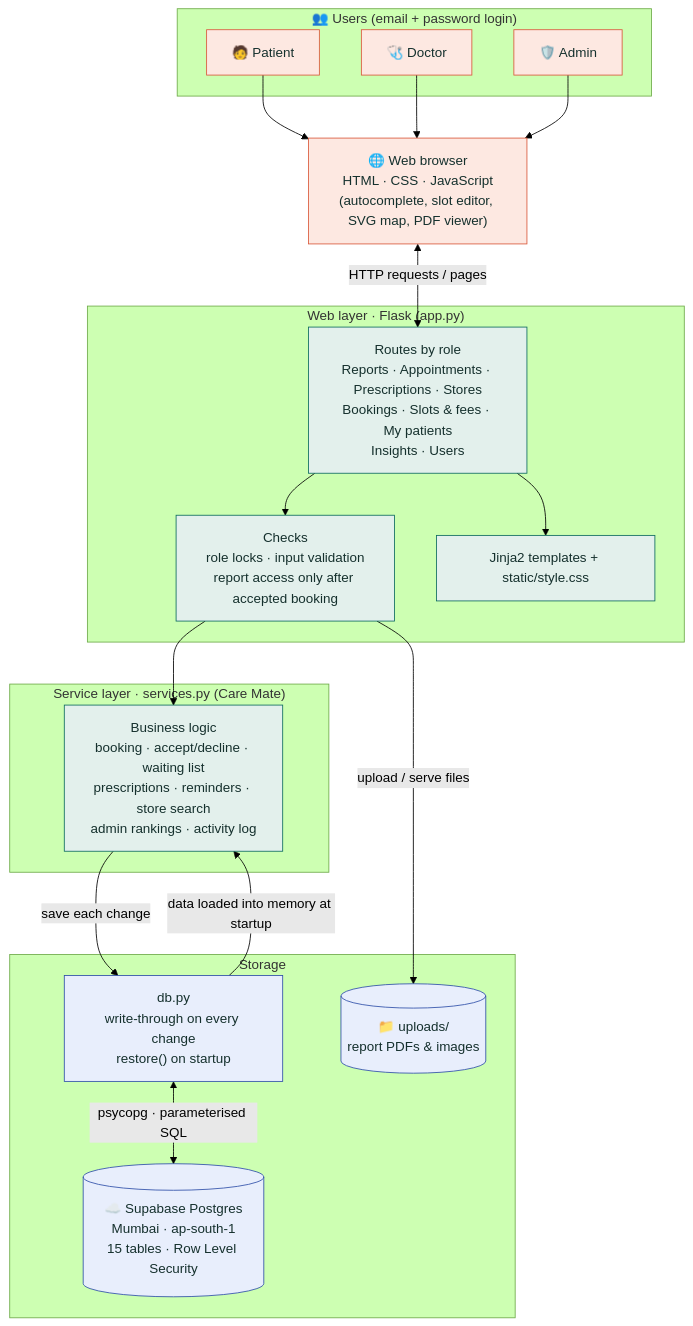
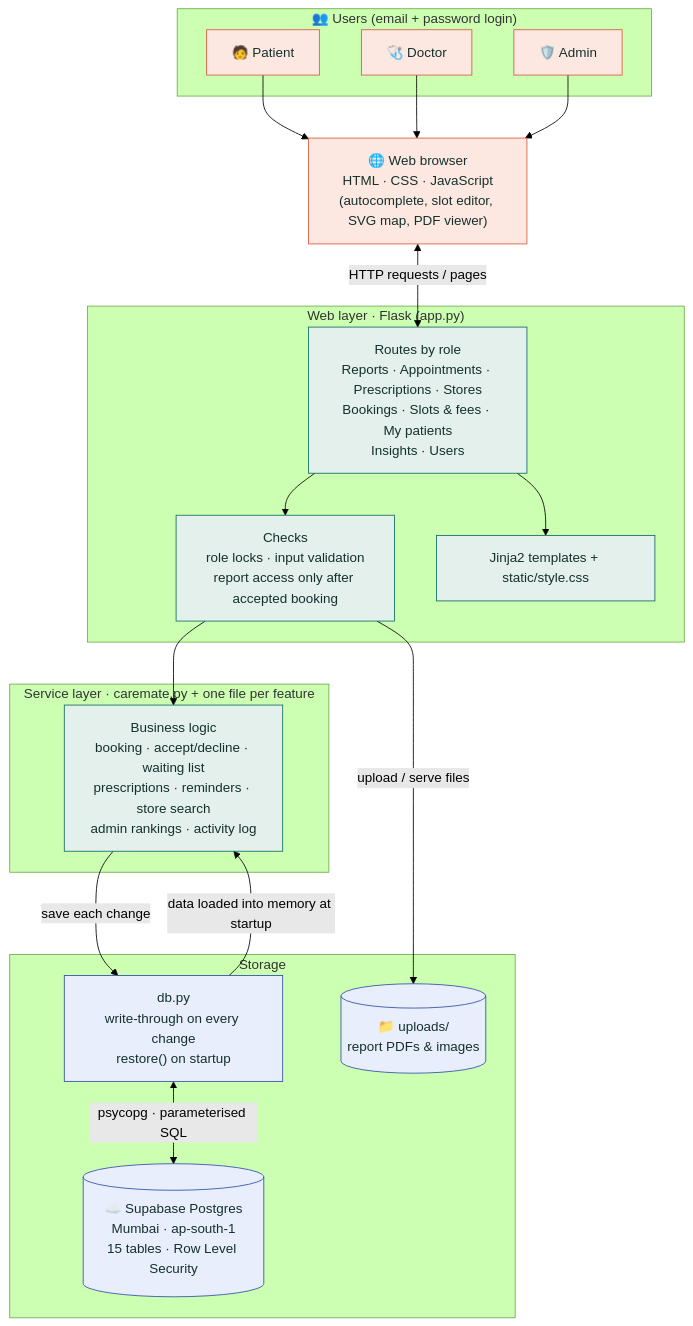
One commit to siddhantsancheti/CareMate changed the diagram in README.md. Above: the diagram before and after it, drawn with Mermaid (forest theme). The commit also changed other lines of this file and 20 other files, not shown here.

Commit message:
Split the app into one file per feature with the data structures inside each file

````diff
--- a/README.md
+++ b/README.md
@@ -67,48 +71,48 @@
 ```mermaid
 flowchart TB
     %% ---------- Users ----------
     subgraph Users["👥 Users (email + password login)"]
         P["🧑 Patient"]
         D["🩺 Doctor"]
         A["🛡️ Admin"]
     end
 
     Browser["🌐 Web browser<br/>HTML · CSS · JavaScript<br/>(autocomplete, slot editor, SVG map, PDF viewer)"]
     P --> Browser
     D --> Browser
     A --> Browser
 
     %% ---------- Web layer ----------
     subgraph Web["Web layer · Flask (app.py)"]
         Routes["Routes by role<br/>Reports · Appointments · Prescriptions · Stores<br/>Bookings · Slots & fees · My patients<br/>Insights · Users"]
         Guard["Checks<br/>role locks · input validation<br/>report access only after accepted booking"]
         Tpl["Jinja2 templates + static/style.css"]
         Routes --> Guard
         Routes --> Tpl
     end
     Browser <-->|"HTTP requests / pages"| Routes
 
     %% ---------- Service layer ----------
-    subgraph Service["Service layer · services.py (Care Mate)"]
+    subgraph Service["Service layer · caremate.py + one file per feature"]
         Logic["Business logic<br/>booking · accept/decline · waiting list<br/>prescriptions · reminders · store search<br/>admin rankings · activity log"]
     end
     Guard --> Logic
 
     %% ---------- Storage ----------
     subgraph Storage["Storage"]
         DB["db.py<br/>write-through on every change<br/>restore() on startup"]
         SB[("☁️ Supabase Postgres<br/>Mumbai · ap-south-1<br/>15 tables · Row Level Security")]
         Files[("📁 uploads/<br/>report PDFs & images")]
         DB <-->|"psycopg · parameterised SQL"| SB
     end
     Logic -->|"save each change"| DB
     DB -->|"data loaded into memory at startup"| Logic
     Guard -->|"upload / serve files"| Files
 
     classDef user fill:#fde8e1,stroke:#d9583b,color:#15302d
     classDef web fill:#e3f0ec,stroke:#0e6b5f,color:#15302d
     classDef store fill:#e8eefc,stroke:#2f4fa8,color:#15302d
     class P,D,A,Browser user
     class Routes,Guard,Tpl,Logic web
     class DB,SB,Files store
 ```
````
